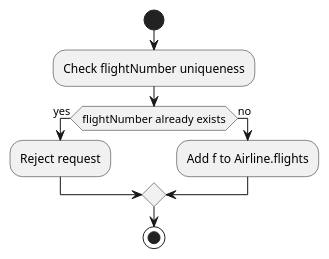
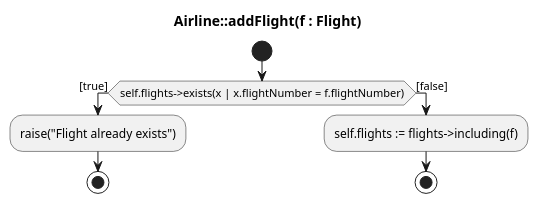
Before and after one commit to scx-othr/MoProCo-evaluation: the diagram in airline/classical-uml/add-flight.puml, drawn with PlantUML. The commit also changed 31 other files, not shown here.

Commit message:
Prepare initial evaluation data for all three case studies (shop, airline, library; classical uml, black box prompt, moproco)

```diff
--- a/airline/classical-uml/add-flight.puml
+++ b/airline/classical-uml/add-flight.puml
@@ -1,12 +1,12 @@
 @startuml
+title Airline::addFlight(f : Flight)
+
 start
-:Check flightNumber uniqueness;
-
-if (flightNumber already exists) then (yes)
-  :Reject request;
-else (no)
-  :Add f to Airline.flights;
+if (self.flights->exists(x | x.flightNumber = f.flightNumber)) then ([true])
+  :raise("Flight already exists");
+  stop
+else ([false])
+  :self.flights := flights->including(f);
+  stop
 endif
-
-stop
 @enduml
```
